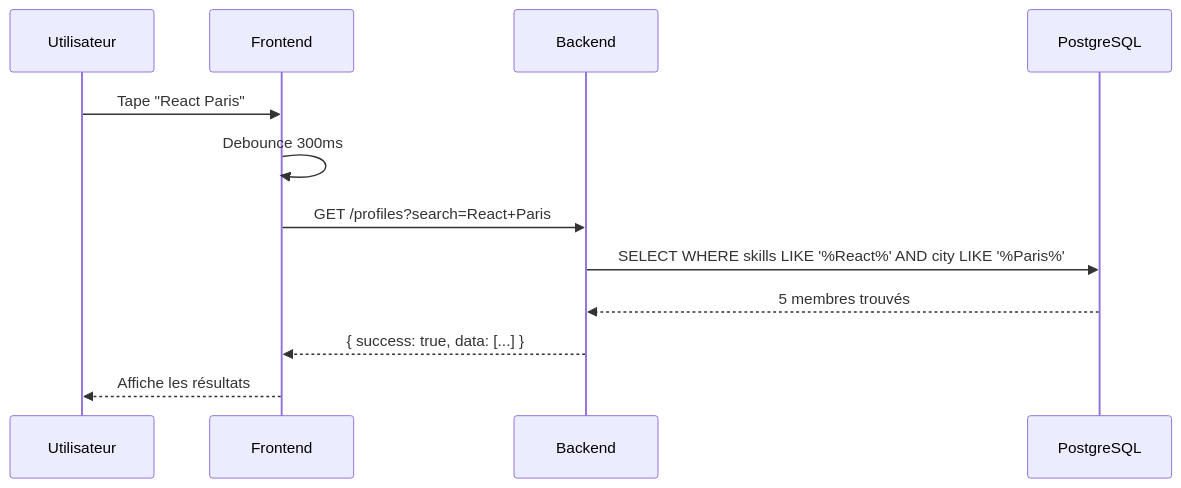
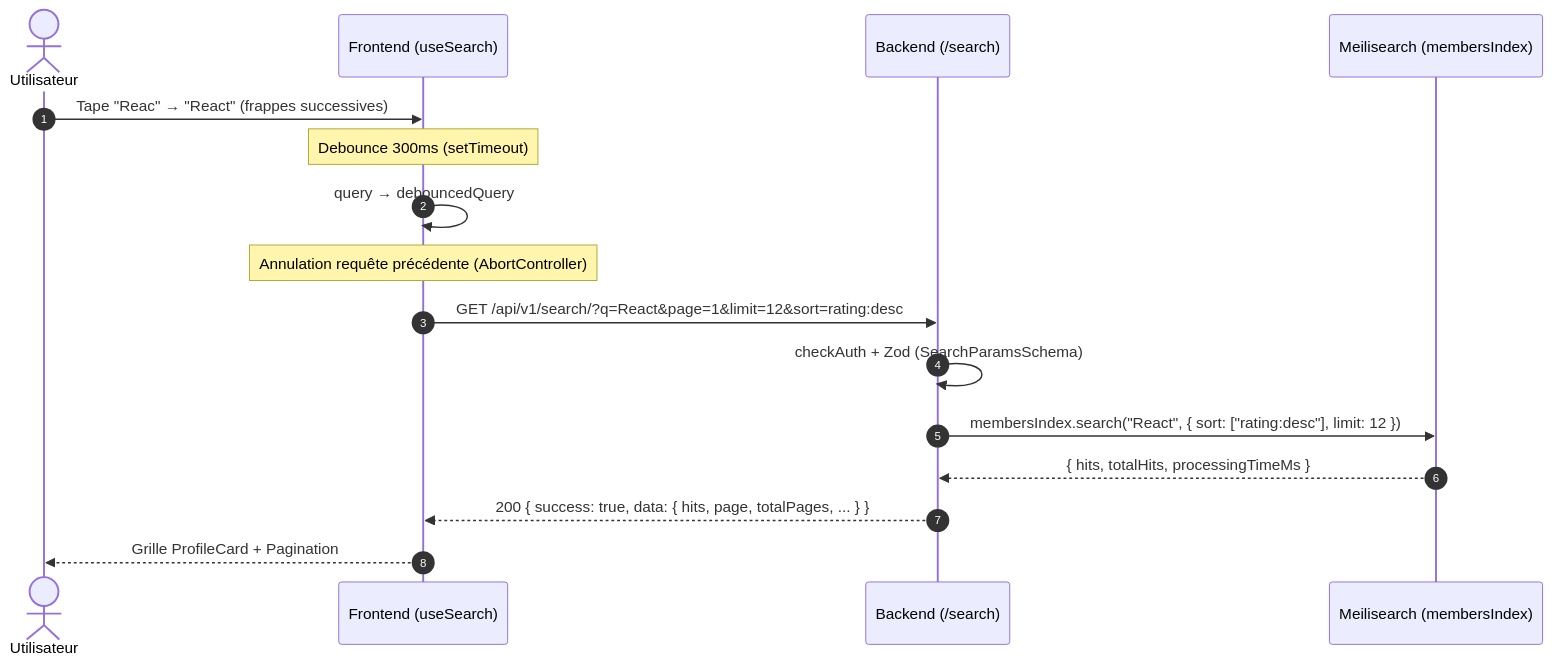
Before and after one commit to Sojeremy/documentation-skillswap: the diagram in docs/documentation-implementation/api-reference/examples/search-flow.md, drawn with Mermaid. The commit also changed other lines of this file and 2 other files, not shown here.

Commit message:
docs(api-reference): refonte examples flows (renvoi aux sources Arc42, retrait code fictif TanStack)

````diff
--- a/docs/documentation-implementation/api-reference/examples/search-flow.md
+++ b/docs/documentation-implementation/api-reference/examples/search-flow.md
@@ -7,15 +12,19 @@
 ```mermaid
 sequenceDiagram
-    participant U as Utilisateur
-    participant F as Frontend
-    participant B as Backend
-    participant DB as PostgreSQL
+    autonumber
+    actor U as Utilisateur
+    participant F as Frontend (useSearch)
+    participant B as Backend (/search)
+    participant MS as Meilisearch (membersIndex)
 
-    U->>F: Tape "React Paris"
-    F->>F: Debounce 300ms
-    F->>B: GET /profiles?search=React+Paris
-    B->>DB: SELECT WHERE skills LIKE '%React%' AND city LIKE '%Paris%'
-    DB-->>B: 5 membres trouvés
-    B-->>F: { success: true, data: [...] }
-    F-->>U: Affiche les résultats
+    U->>F: Tape "Reac" → "React" (frappes successives)
+    Note over F: Debounce 300ms (setTimeout)
+    F->>F: query → debouncedQuery
+    Note over F: Annulation requête précédente (AbortController)
+    F->>B: GET /api/v1/search/?q=React&page=1&limit=12&sort=rating:desc
+    B->>B: checkAuth + Zod (SearchParamsSchema)
+    B->>MS: membersIndex.search("React", { sort: ["rating:desc"], limit: 12 })
+    MS-->>B: { hits, totalHits, processingTimeMs }
+    B-->>F: 200 { success: true, data: { hits, page, totalPages, ... } }
+    F-->>U: Grille ProfileCard + Pagination
 ```
````
